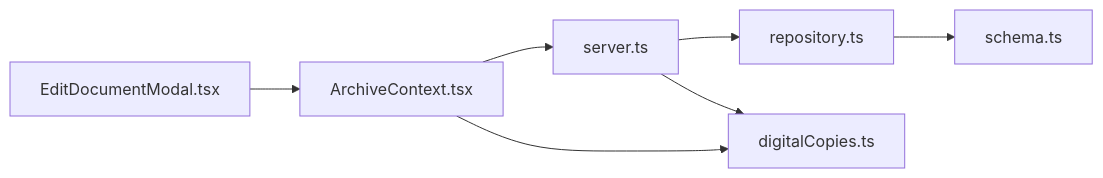
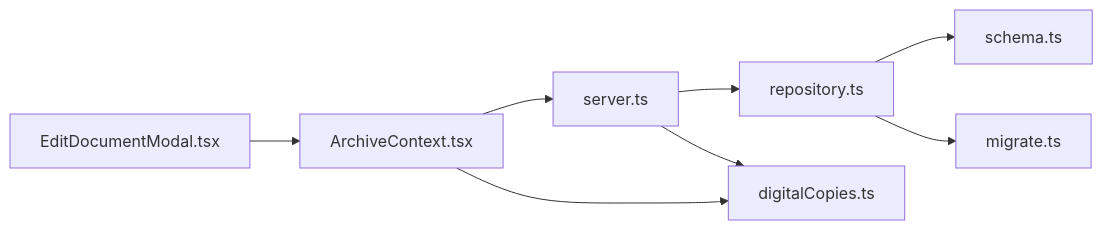
One commit to djahasiel101600/archivehub changed the fourth of 4 diagrams in .qoder/repowiki/en/content/Core Features/Document Management/Digital Copy Management.md. Above: the diagram before and after it, drawn with Mermaid. The commit also changed other lines of this file and 12 other files, not shown here.

````diff
--- a/.qoder/repowiki/en/content/Core Features/Document Management/Digital Copy Management.md
+++ b/.qoder/repowiki/en/content/Core Features/Document Management/Digital Copy Management.md
@@ -234,9 +261,10 @@
 ```mermaid
 graph LR
 M["EditDocumentModal.tsx"] --> Ctx["ArchiveContext.tsx"]
 Ctx --> Srv["server.ts"]
 Srv --> Repo["repository.ts"]
 Repo --> Sch["schema.ts"]
+Repo --> Mig["migrate.ts"]
 Ctx --> FS["digitalCopies.ts"]
 Srv --> FS
 ```
````
